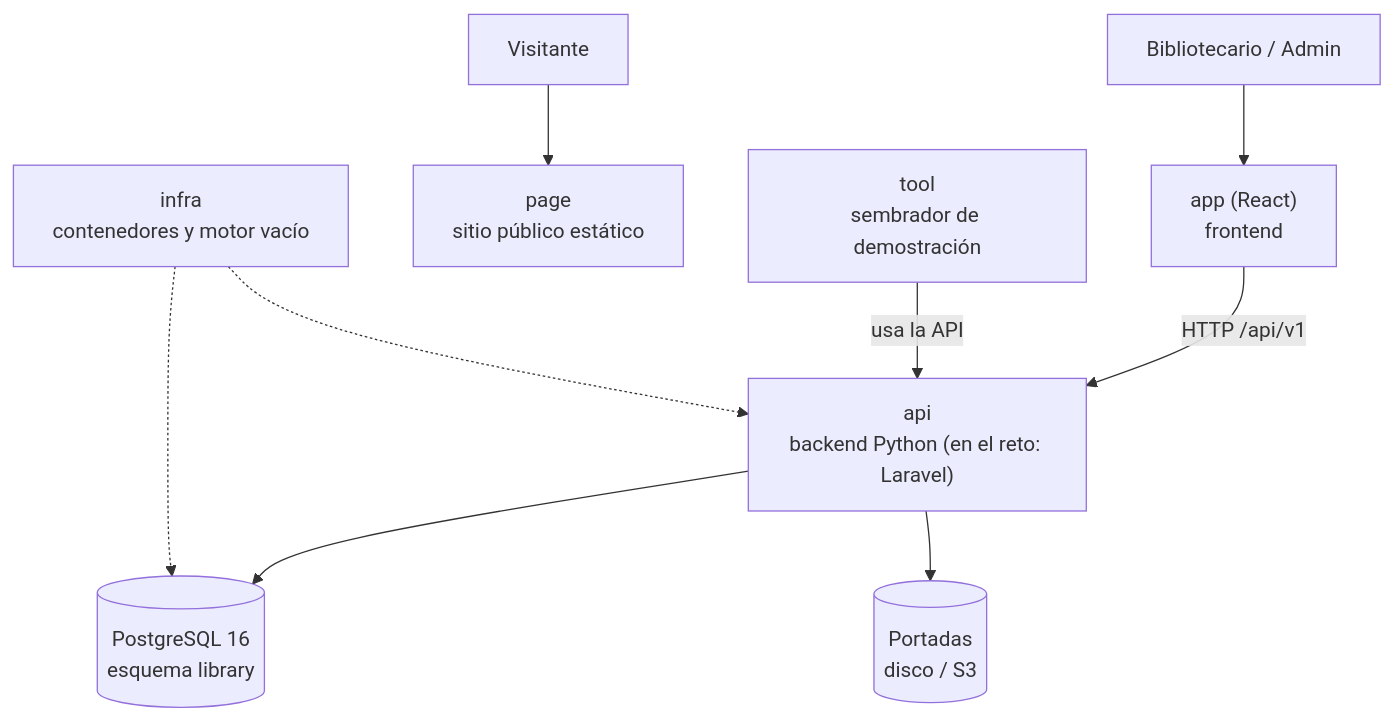
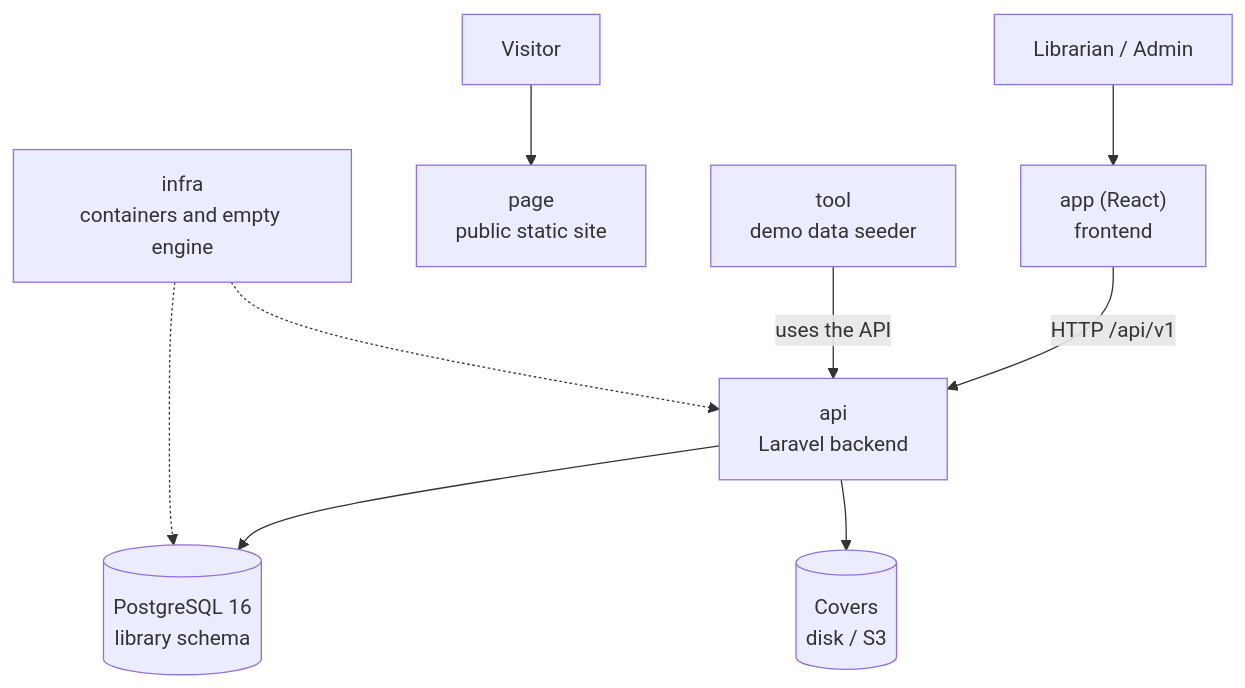
Before and after one commit to EmersonMolano/test-manager-library-3145555-docs: the diagram in spec-larabel/arquitectura-panoramica.md, drawn with Mermaid. The commit also changed other lines of this file and 12 other files, not shown here.

````diff
--- a/spec-larabel/arquitectura-panoramica.md
+++ b/spec-larabel/arquitectura-panoramica.md
@@ -7,11 +7,11 @@
 ```mermaid
 flowchart TB
-    U["Bibliotecario / Admin"] --> APP["app (React)<br/>frontend"]
-    V["Visitante"] --> PAGE["page<br/>sitio público estático"]
-    APP -->|"HTTP /api/v1"| API["api<br/>backend Python (en el reto: Laravel)"]
-    API --> PG[("PostgreSQL 16<br/>esquema library")]
-    API --> COV[("Portadas<br/>disco / S3")]
-    TOOL["tool<br/>sembrador de demostración"] -->|"usa la API"| API
-    INFRA["infra<br/>contenedores y motor vacío"] -.-> PG
+    U["Librarian / Admin"] --> APP["app (React)<br/>frontend"]
+    V["Visitor"] --> PAGE["page<br/>public static site"]
+    APP -->|"HTTP /api/v1"| API["api<br/>Laravel backend"]
+    API --> PG[("PostgreSQL 16<br/>library schema")]
+    API --> COV[("Covers<br/>disk / S3")]
+    TOOL["tool<br/>demo data seeder"] -->|"uses the API"| API
+    INFRA["infra<br/>containers and empty engine"] -.-> PG
     INFRA -.-> API
 ```
````
